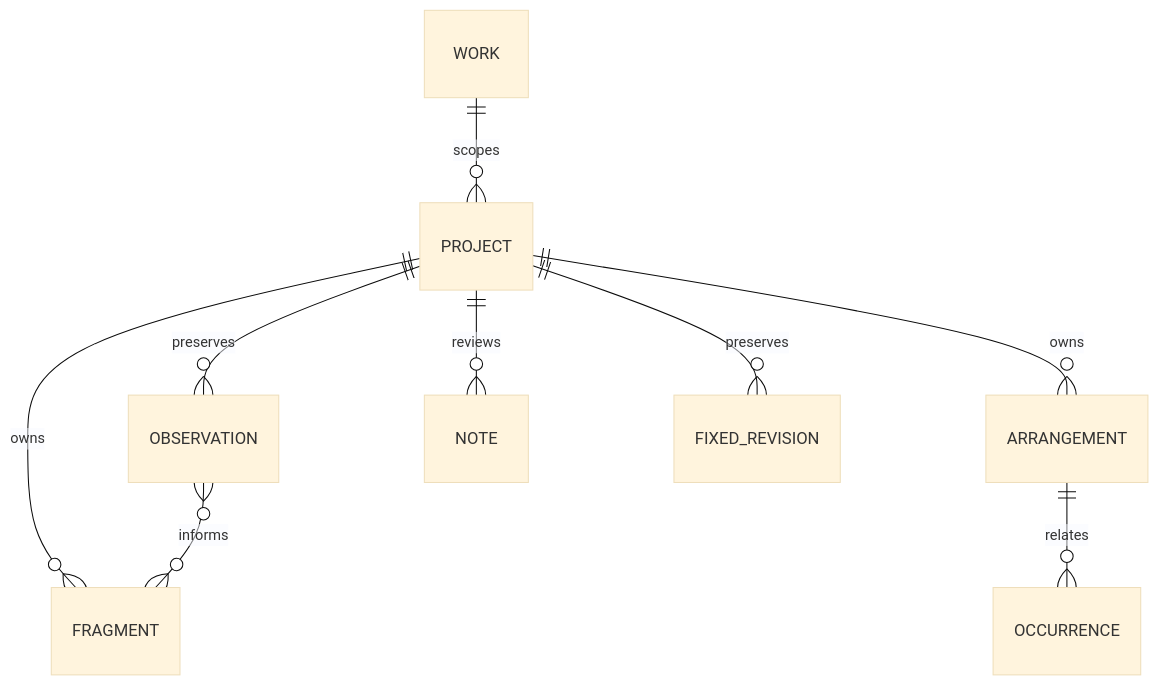
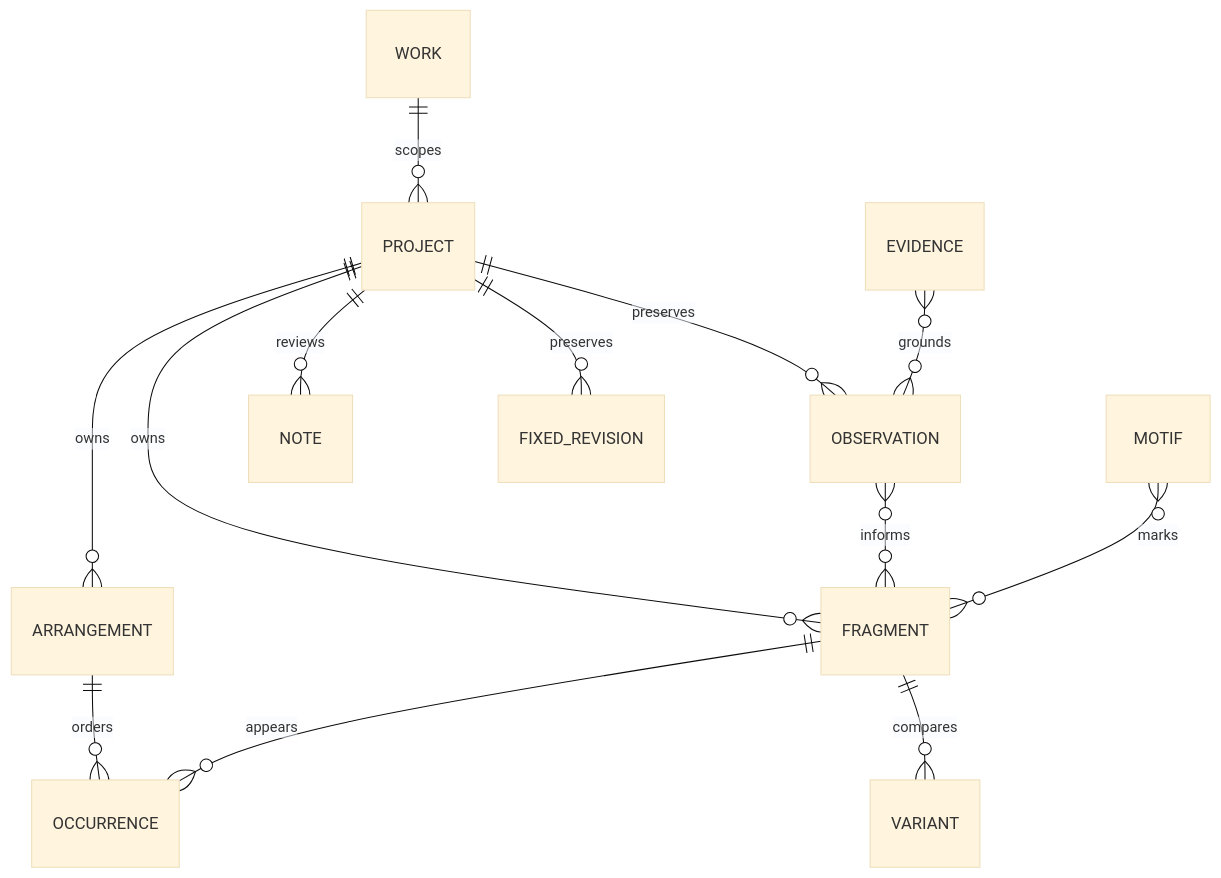
Before and after one commit to wordflowlab/hetu-essay-studio: the diagram in docs/02-领域与本体设计.md, drawn with Mermaid (base theme). The commit also changed 71 other files, not shown here.

````diff
--- a/docs/02-领域与本体设计.md
+++ b/docs/02-领域与本体设计.md
@@ -11,11 +11,15 @@
 ```mermaid
 erDiagram
  WORK ||--o{ PROJECT : scopes
  PROJECT ||--o{ OBSERVATION : preserves
  PROJECT ||--o{ FRAGMENT : owns
  OBSERVATION }o--o{ FRAGMENT : informs
+ EVIDENCE }o--o{ OBSERVATION : grounds
+ MOTIF }o--o{ FRAGMENT : marks
  PROJECT ||--o{ ARRANGEMENT : owns
- ARRANGEMENT ||--o{ OCCURRENCE : relates
+ ARRANGEMENT ||--o{ OCCURRENCE : orders
+ FRAGMENT ||--o{ OCCURRENCE : appears
+ FRAGMENT ||--o{ VARIANT : compares
  PROJECT ||--o{ NOTE : reviews
  PROJECT ||--o{ FIXED_REVISION : preserves
 ```
````
